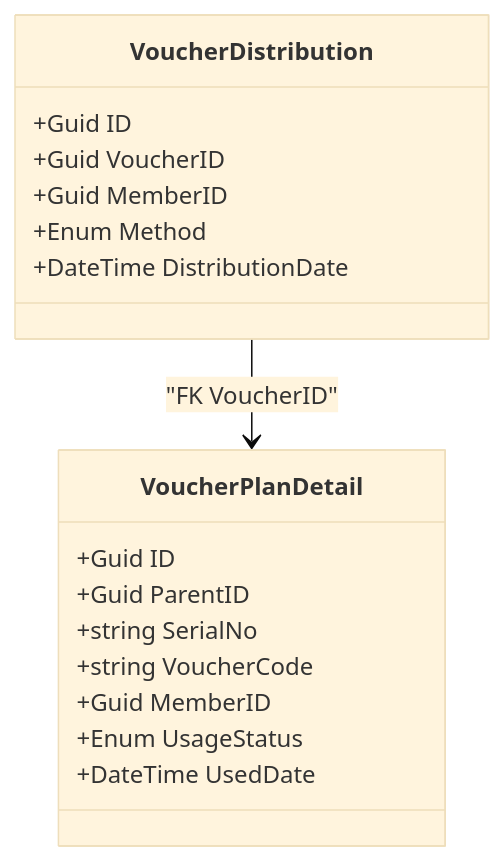
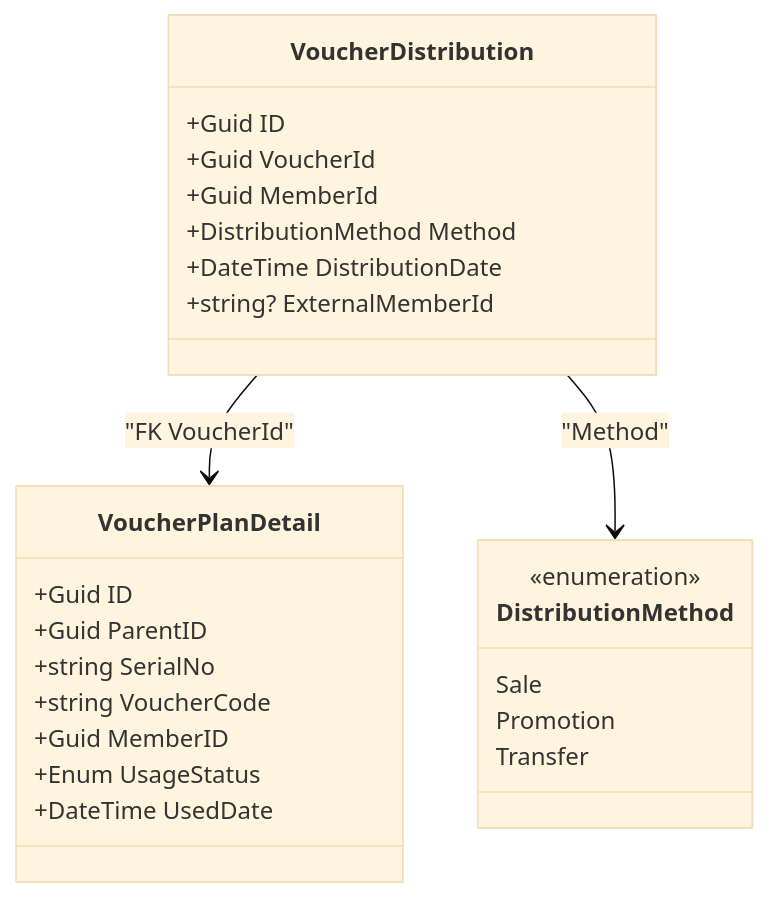
The fourth of 8 diagrams in .qoder/repowiki/en/content/Data Models and Database Design/Tracking and Distribution Entities.md (lamhongbac/NonCash), drawn with Mermaid (base theme) before and after one commit. The commit also changed other lines of this file and 57 other files, not shown here.

First line of the commit message:
Charge credits at plan approval; distribution batch traceability; strict promotion recipient rules

````diff
--- a/.qoder/repowiki/en/content/Data Models and Database Design/Tracking and Distribution Entities.md
+++ b/.qoder/repowiki/en/content/Data Models and Database Design/Tracking and Distribution Entities.md
@@ -189,20 +209,28 @@
 ```mermaid
 classDiagram
 class VoucherDistribution {
 +Guid ID
-+Guid VoucherID
-+Guid MemberID
-+Enum Method
++Guid VoucherId
++Guid MemberId
++DistributionMethod Method
 +DateTime DistributionDate
++string? ExternalMemberId
+}
+class DistributionMethod {
+<<enumeration>>
+Sale
+Promotion
+Transfer
 }
 class VoucherPlanDetail {
 +Guid ID
 +Guid ParentID
 +string SerialNo
 +string VoucherCode
 +Guid MemberID
 +Enum UsageStatus
 +DateTime UsedDate
 }
-VoucherDistribution --> VoucherPlanDetail : "FK VoucherID"
+VoucherDistribution --> VoucherPlanDetail : "FK VoucherId"
+VoucherDistribution --> DistributionMethod : "Method"
 ```
````
